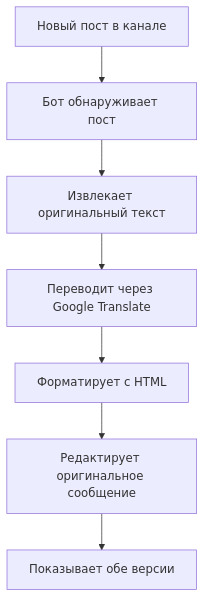
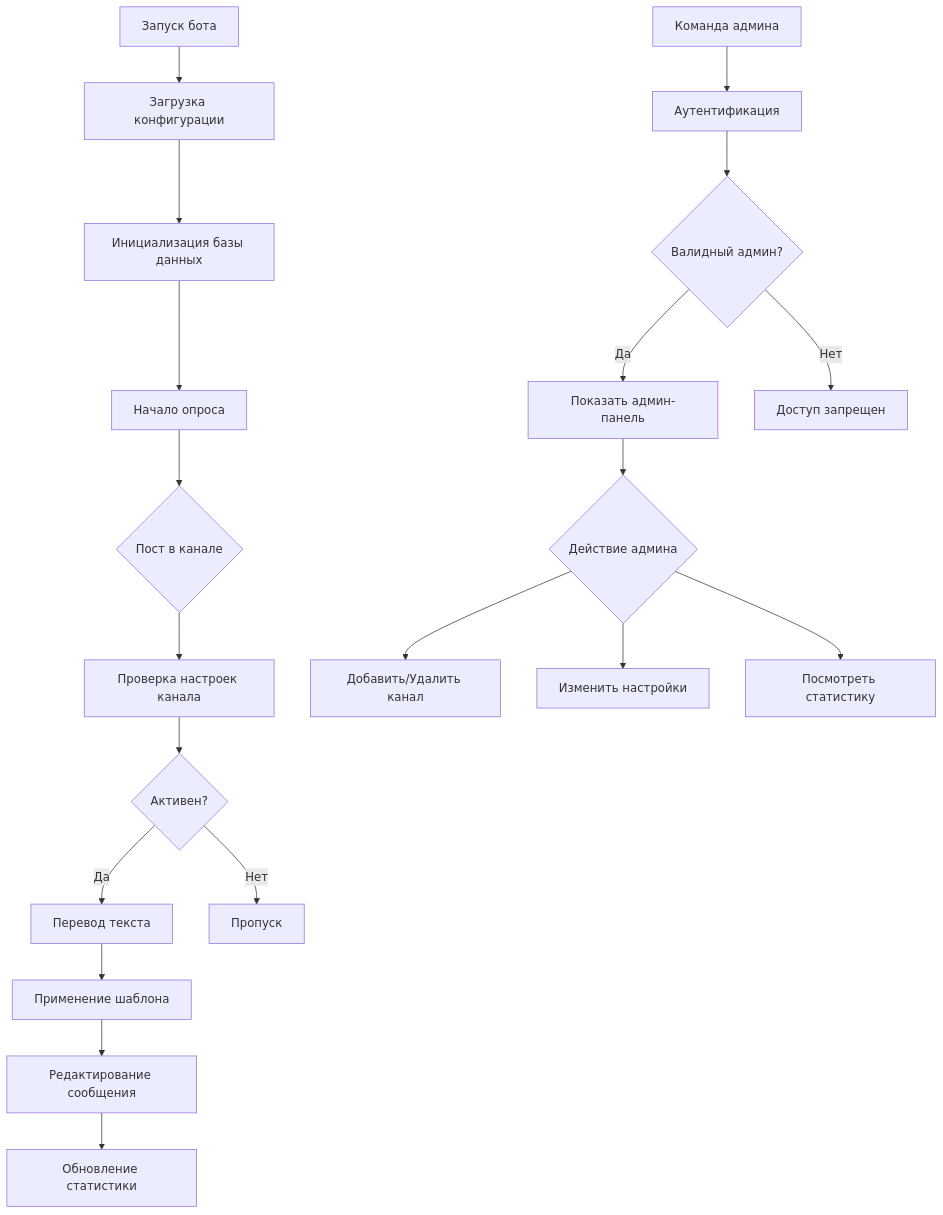
The second of 2 diagrams in README.md (kisyufka/Telegram-Channel-Auto-Translator), drawn with Mermaid before and after one commit. The commit also changed other lines of this file, not shown here.

````diff
--- a/README.md
+++ b/README.md
@@ -434,9 +744,26 @@
 ```mermaid
 graph TD
-    A[Новый пост в канале] --> B[Бот обнаруживает пост]
-    B --> C[Извлекает оригинальный текст]
-    C --> D[Переводит через Google Translate]
-    D --> E[Форматирует с HTML]
-    E --> F[Редактирует оригинальное сообщение]
-    F --> G[Показывает обе версии]
+    A[Запуск бота] --> B[Загрузка конфигурации]
+    B --> C[Инициализация базы данных]
+    C --> D[Начало опроса]
+    
+    D --> E{Пост в канале}
+    E --> F[Проверка настроек канала]
+    F --> G{Активен?}
+    G -->|Да| H[Перевод текста]
+    G -->|Нет| I[Пропуск]
+    
+    H --> J[Применение шаблона]
+    J --> K[Редактирование сообщения]
+    K --> L[Обновление статистики]
+    
+    M[Команда админа] --> N[Аутентификация]
+    N --> O{Валидный админ?}
+    O -->|Да| P[Показать админ-панель]
+    O -->|Нет| Q[Доступ запрещен]
+    
+    P --> R{Действие админа}
+    R --> S[Добавить/Удалить канал]
+    R --> T[Изменить настройки]
+    R --> U[Посмотреть статистику]
 ```
````
